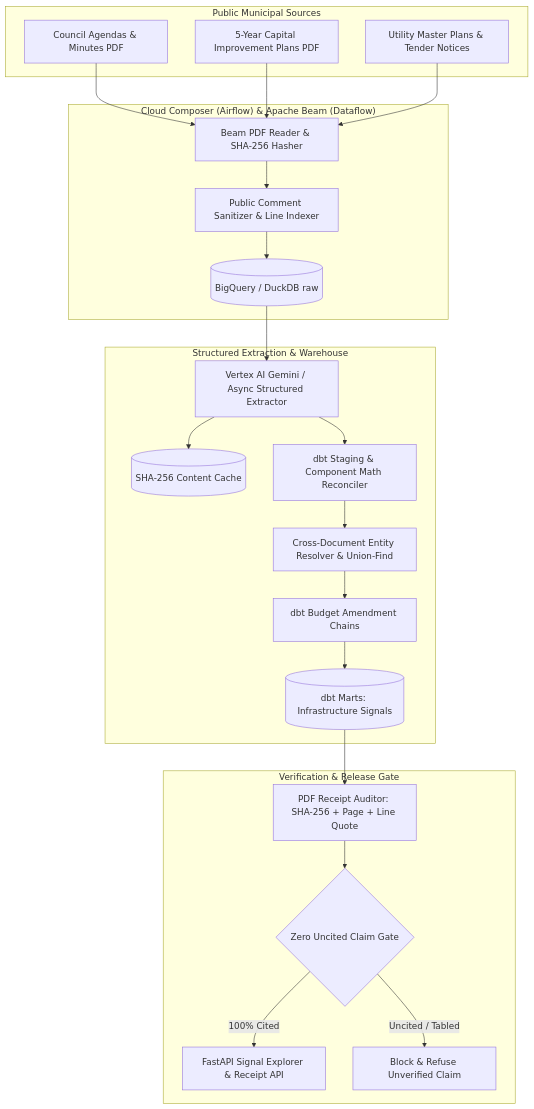
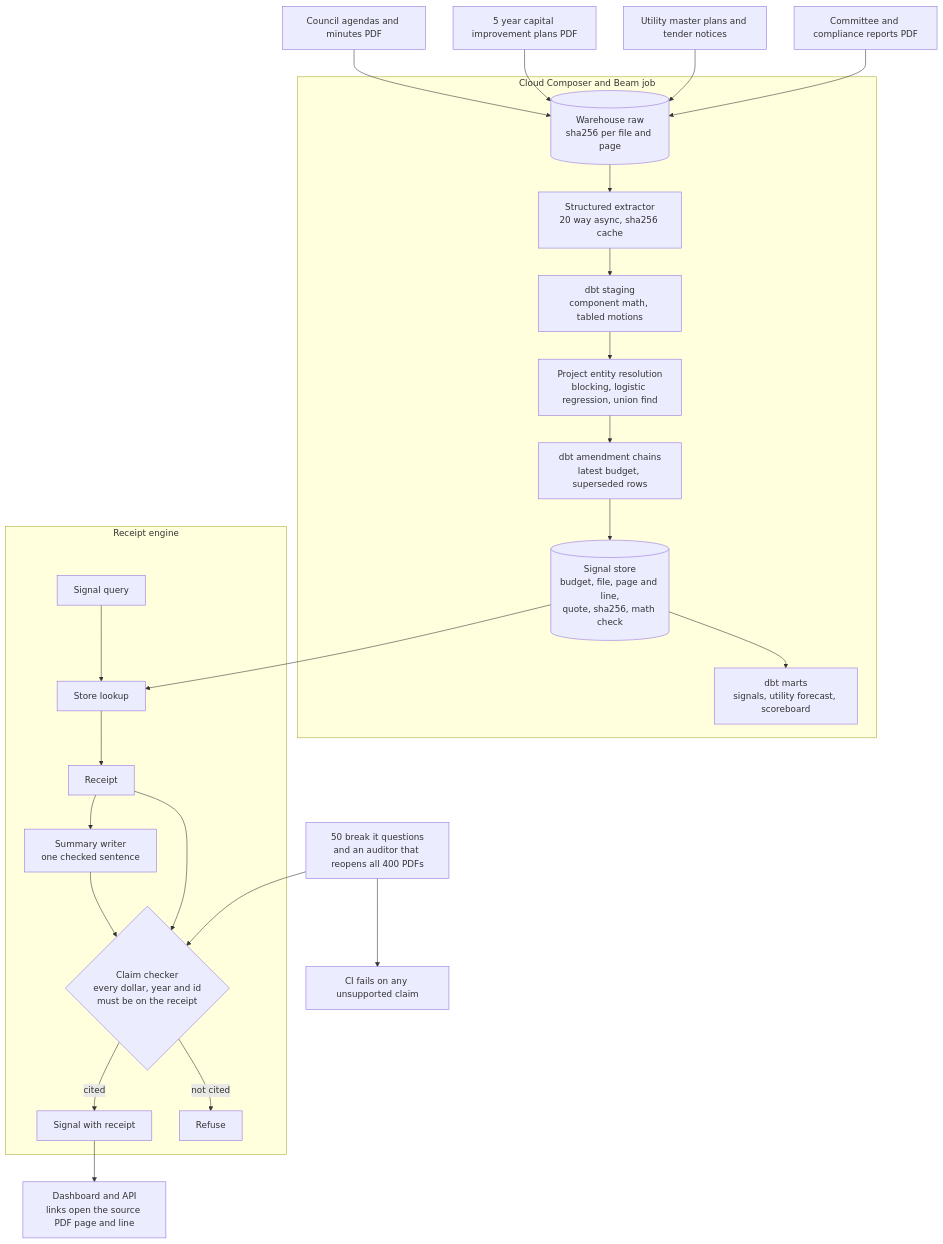
The diagram in docs/architecture.mmd (manishreddy998/municipal-capital-pipeline), drawn with Mermaid before and after one commit. The commit also changed 10 other files, not shown here.

Commit message:
Add Streamlit receipt dashboard and render Mermaid architecture diagram

```diff
--- a/docs/architecture.mmd
+++ b/docs/architecture.mmd
@@ -1,30 +1,25 @@
 flowchart TB
-  subgraph Sources["Public Municipal Sources"]
-    CA[Council Agendas & Minutes PDF]
-    CIP[5-Year Capital Improvement Plans PDF]
-    RFP[Utility Master Plans & Tender Notices]
+  CA[Council agendas and minutes PDF] --> RAW
+  CIP[5 year capital improvement plans PDF] --> RAW
+  RFP[Utility master plans and tender notices] --> RAW
+  CM[Committee and compliance reports PDF] --> RAW
+  subgraph Pipeline [Cloud Composer and Beam job]
+    RAW[(Warehouse raw<br/>sha256 per file and page)] --> EXT[Structured extractor<br/>20 way async, sha256 cache]
+    EXT --> STG[dbt staging<br/>component math, tabled motions]
+    STG --> RES[Project entity resolution<br/>blocking, logistic regression, union find]
+    RES --> CHN[dbt amendment chains<br/>latest budget, superseded rows]
+    CHN --> EV[(Signal store<br/>budget, file, page and line,<br/>quote, sha256, math check)]
+    EV --> MRT[dbt marts<br/>signals, utility forecast, scoreboard]
   end
-
-  subgraph Ingestion["Cloud Composer (Airflow) & Apache Beam (Dataflow)"]
-    CA --> BM[Beam PDF Reader & SHA-256 Hasher]
-    CIP --> BM
-    RFP --> BM
-    BM --> SAN[Public Comment Sanitizer & Line Indexer]
-    SAN --> RAW[(BigQuery / DuckDB raw)]
+  subgraph Verify [Receipt engine]
+    Q[Signal query] --> L[Store lookup] --> RC[Receipt]
+    RC --> M[Summary writer<br/>one checked sentence]
+    M --> CK{Claim checker<br/>every dollar, year and id<br/>must be on the receipt}
+    RC --> CK
+    CK -->|cited| OUT[Signal with receipt]
+    CK -->|not cited| REF[Refuse]
   end
-
-  subgraph Extraction["Structured Extraction & Warehouse"]
-    RAW --> EXT[Vertex AI Gemini / Async Structured Extractor]
-    EXT --> CACHE[(SHA-256 Content Cache)]
-    EXT --> STG[dbt Staging & Component Math Reconciler]
-    STG --> ER[Cross-Document Entity Resolver & Union-Find]
-    ER --> CHN[dbt Budget Amendment Chains]
-    CHN --> MRT[(dbt Marts: Infrastructure Signals)]
-  end
-
-  subgraph Gate["Verification & Release Gate"]
-    MRT --> AUD[PDF Receipt Auditor: SHA-256 + Page + Line Quote]
-    AUD --> GATE{Zero Uncited Claim Gate}
-    GATE -->|100% Cited| UI[FastAPI Signal Explorer & Receipt API]
-    GATE -->|Uncited / Tabled| REF[Block & Refuse Unverified Claim]
-  end
+  EV --> L
+  OUT --> UI[Dashboard and API<br/>links open the source PDF page and line]
+  BK[50 break it questions<br/>and an auditor that reopens all 400 PDFs] --> CK
+  BK --> CI[CI fails on any unsupported claim]
```
